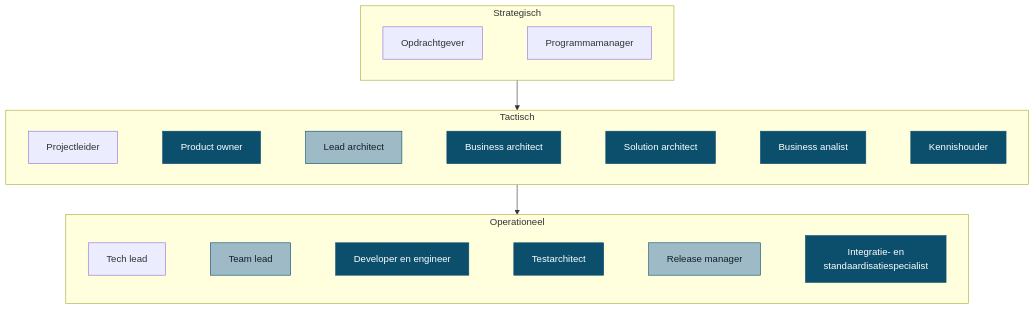
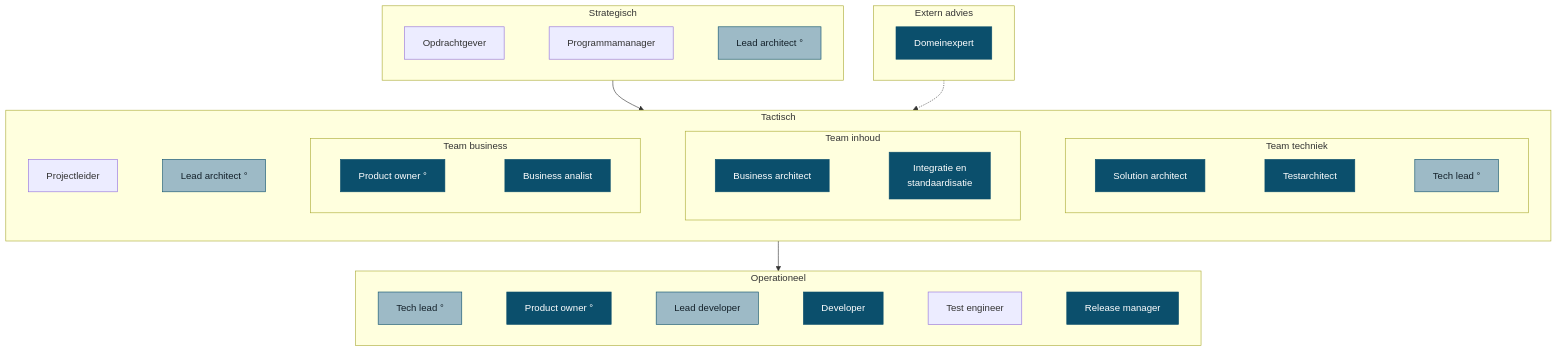
One commit to Npuls-OKx/meta changed the second of 2 diagrams in presentaties/src/260903_rollen.md. Above: the diagram before and after it, drawn with Mermaid. The commit also changed other lines of this file, not shown here.

````diff
--- a/presentaties/src/260903_rollen.md
+++ b/presentaties/src/260903_rollen.md
@@ -144,28 +195,51 @@
 ```mermaid
 flowchart TB
+  subgraph EX["Extern advies"]
+    direction LR
+    DE["Domeinexpert"]
+  end
   subgraph S["Strategisch"]
     direction LR
-    OG["Opdrachtgever"] ~~~ PM["Programmamanager"]
+    OG["Opdrachtgever"] ~~~ PM["Programmamanager"] ~~~ LA1["Lead architect °"]
   end
   subgraph T["Tactisch"]
     direction LR
-    PL["Projectleider"] ~~~ PO["Product owner"] ~~~ LA["Lead architect"] ~~~ BAR["Business architect"] ~~~ SA["Solution architect"] ~~~ BA["Business analist"] ~~~ KH["Kennishouder"]
+    PL["Projectleider"]
+    LA2["Lead architect °"]
+    subgraph TB2["Team business"]
+      direction LR
+      PO1["Product owner °"] ~~~ BA["Business analist"]
+    end
+    subgraph TI["Team inhoud"]
+      direction LR
+      BAR["Business architect"] ~~~ IS["Integratie en<br/>standaardisatie"]
+    end
+    subgraph TT["Team techniek"]
+      direction LR
+      SA["Solution architect"] ~~~ TA["Testarchitect"] ~~~ TL1["Tech lead °"]
+    end
+    PL ~~~ LA2 ~~~ TB2 ~~~ TI ~~~ TT
   end
   subgraph O["Operationeel"]
     direction LR
-    TL["Tech lead"] ~~~ TML["Team lead"] ~~~ EN["Developer en engineer"] ~~~ TA["Testarchitect"] ~~~ RM["Release manager"] ~~~ IS["Integratie- en<br/>standaardisatiespecialist"]
+    TL2["Tech lead °"] ~~~ PO2["Product owner °"] ~~~ LD["Lead developer"] ~~~ DEV["Developer"] ~~~ TE["Test engineer"] ~~~ RM["Release manager"]
   end
   S --> T
   T --> O
-  style PO fill:#0B4F6C,stroke:#0B4F6C,color:#fff
+  EX -.-> T
+  style PO1 fill:#0B4F6C,stroke:#0B4F6C,color:#fff
+  style PO2 fill:#0B4F6C,stroke:#0B4F6C,color:#fff
+  style BA fill:#0B4F6C,stroke:#0B4F6C,color:#fff
   style BAR fill:#0B4F6C,stroke:#0B4F6C,color:#fff
+  style IS fill:#0B4F6C,stroke:#0B4F6C,color:#fff
   style SA fill:#0B4F6C,stroke:#0B4F6C,color:#fff
-  style BA fill:#0B4F6C,stroke:#0B4F6C,color:#fff
-  style KH fill:#0B4F6C,stroke:#0B4F6C,color:#fff
-  style EN fill:#0B4F6C,stroke:#0B4F6C,color:#fff
   style TA fill:#0B4F6C,stroke:#0B4F6C,color:#fff
-  style IS fill:#0B4F6C,stroke:#0B4F6C,color:#fff
-  style LA fill:#9dbac6,stroke:#0B4F6C,color:#132029
-  style TML fill:#9dbac6,stroke:#0B4F6C,color:#132029
-  style RM fill:#9dbac6,stroke:#0B4F6C,color:#132029
+  style DE fill:#0B4F6C,stroke:#0B4F6C,color:#fff
+  style RM fill:#0B4F6C,stroke:#0B4F6C,color:#fff
+  style DEV fill:#0B4F6C,stroke:#0B4F6C,color:#fff
+  style LA1 fill:#9dbac6,stroke:#0B4F6C,color:#132029
+  style LA2 fill:#9dbac6,stroke:#0B4F6C,color:#132029
+  style TL1 fill:#9dbac6,stroke:#0B4F6C,color:#132029
+  style TL2 fill:#9dbac6,stroke:#0B4F6C,color:#132029
+  style LD fill:#9dbac6,stroke:#0B4F6C,color:#132029
 ```
````
